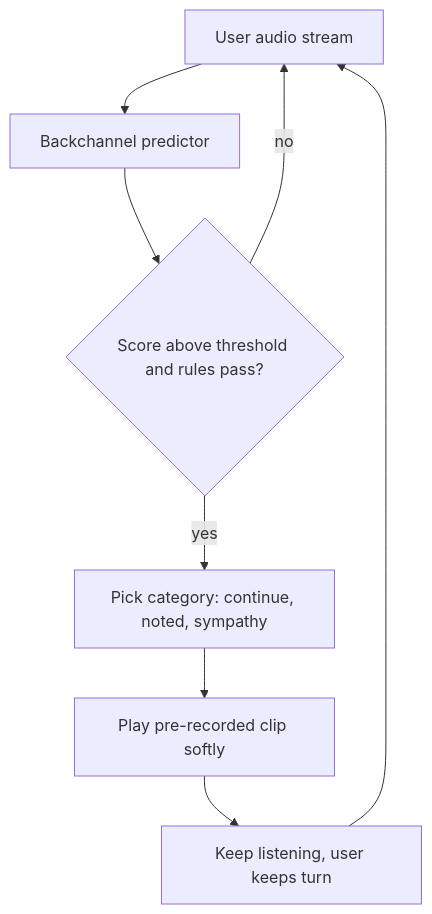
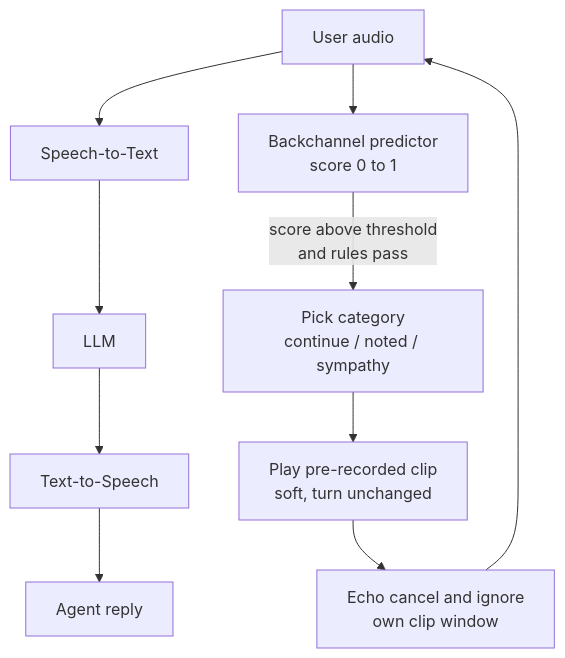
Before and after one commit to kaisarnajar/outcome-school-blogs: the first of 2 diagrams in notes/step-16-ai-infrastructure-deployment-and-system-design/207-agent-side-backchannels.md, drawn with Mermaid. The commit also changed other lines of this file and 233 other files, not shown here.

````diff
--- a/notes/step-16-ai-infrastructure-deployment-and-system-design/207-agent-side-backchannels.md
+++ b/notes/step-16-ai-infrastructure-deployment-and-system-design/207-agent-side-backchannels.md
@@ -43,10 +77,12 @@
 ```mermaid
 flowchart TD
-    A["User audio stream"] --> B["Backchannel predictor"]
-    B --> C{"Score above threshold and rules pass?"}
-    C -->|"no"| A
-    C -->|"yes"| D["Pick category: continue, noted, sympathy"]
-    D --> E["Play pre-recorded clip softly"]
-    E --> F["Keep listening, user keeps turn"]
-    F --> A
+  U1["User audio"] --> S1["Speech-to-Text"]
+  S1 --> L1["LLM"]
+  L1 --> T1["Text-to-Speech"]
+  T1 --> O1["Agent reply"]
+  U1 --> P1["Backchannel predictor<br/>score 0 to 1"]
+  P1 -->|"score above threshold<br/>and rules pass"| C1["Pick category<br/>continue / noted / sympathy"]
+  C1 --> K1["Play pre-recorded clip<br/>soft, turn unchanged"]
+  K1 --> E1["Echo cancel and ignore<br/>own clip window"]
+  E1 --> U1
 ```
````
